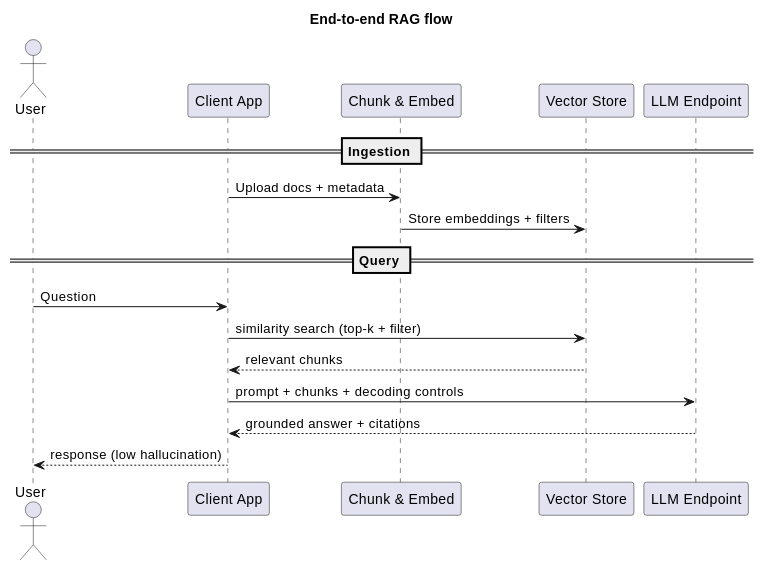
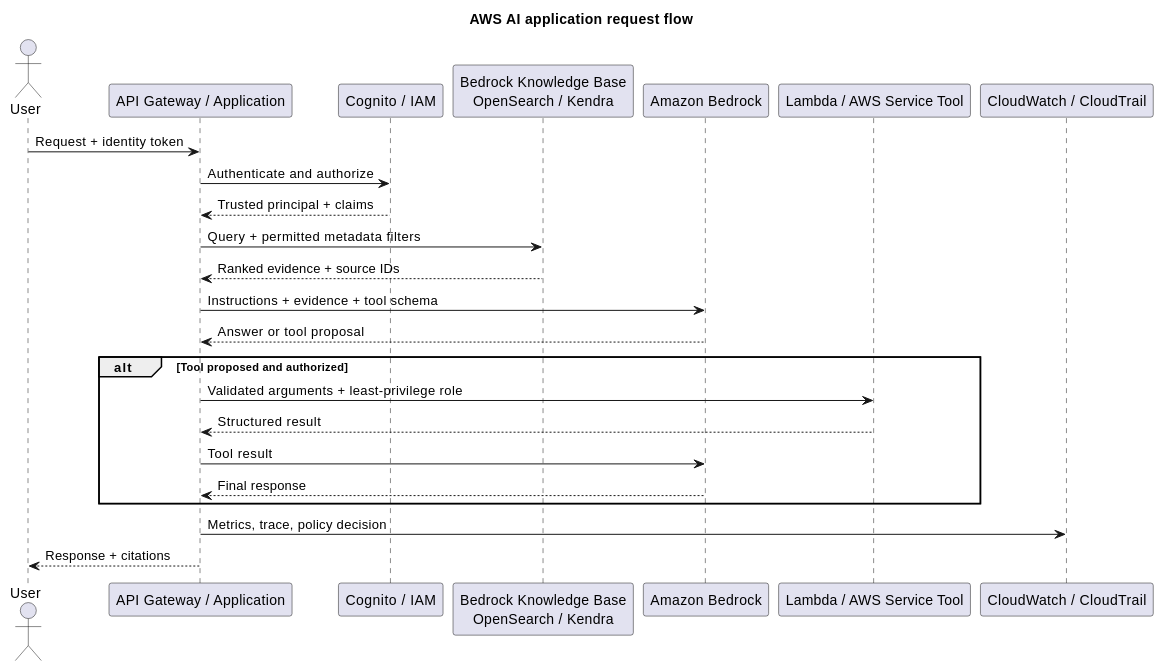
Before and after one commit to gLuColte/glucolte.github.io: the first of 2 diagrams in study/infrastructureAWSAiServices.md, drawn with PlantUML. The commit also changed other lines of this file and 81 other files, not shown here.

```diff
--- a/study/infrastructureAWSAiServices.md
+++ b/study/infrastructureAWSAiServices.md
@@ -305,22 +190,25 @@
 @startuml
-title End-to-end RAG flow
-
+title AWS AI application request flow
 actor User
-participant "Client App" as APP
-participant "Chunk & Embed" as INGEST
-participant "Vector Store" as VECTOR
-participant "LLM Endpoint" as LLM
-
-== Ingestion ==
-APP -> INGEST: Upload docs + metadata
-INGEST -> VECTOR: Store embeddings + filters
-
-== Query ==
-User -> APP: Question
-APP -> VECTOR: similarity search (top-k + filter)
-VECTOR --> APP: relevant chunks
-APP -> LLM: prompt + chunks + decoding controls
-LLM --> APP: grounded answer + citations
-APP --> User: response (low hallucination)
-
+participant "API Gateway / Application" as App
+participant "Cognito / IAM" as Identity
+participant "Bedrock Knowledge Base\nOpenSearch / Kendra" as Retrieval
+participant "Amazon Bedrock" as Bedrock
+participant "Lambda / AWS Service Tool" as Tool
+participant "CloudWatch / CloudTrail" as Audit
+User -> App: Request + identity token
+App -> Identity: Authenticate and authorize
+Identity --> App: Trusted principal + claims
+App -> Retrieval: Query + permitted metadata filters
+Retrieval --> App: Ranked evidence + source IDs
+App -> Bedrock: Instructions + evidence + tool schema
+Bedrock --> App: Answer or tool proposal
+alt Tool proposed and authorized
+  App -> Tool: Validated arguments + least-privilege role
+  Tool --> App: Structured result
+  App -> Bedrock: Tool result
+  Bedrock --> App: Final response
+end
+App -> Audit: Metrics, trace, policy decision
+App --> User: Response + citations
 @enduml
```
